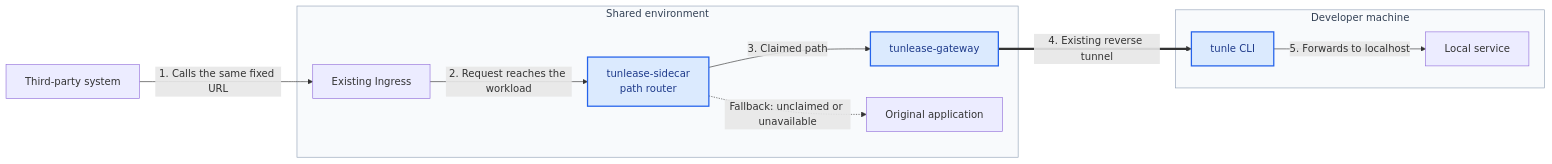
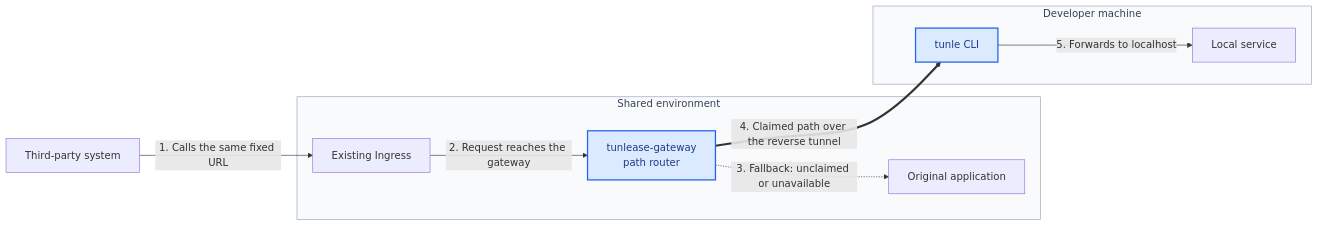
The diagram in README.md (iml885203/tunlease), drawn with Mermaid before and after one commit. The commit also changed other lines of this file and 31 other files, not shown here.

````diff
--- a/README.md
+++ b/README.md
@@ -11,21 +11,20 @@
 ```mermaid
 flowchart LR
     ThirdParty[Third-party system] -->|"1. Calls the same fixed URL"| Ingress[Existing Ingress]
 
     subgraph Shared[Shared environment]
-        Ingress -->|"2. Request reaches the workload"| Sidecar[tunlease-sidecar<br/>path router]
-        Sidecar -->|"3. Claimed path"| Gateway[tunlease-gateway]
-        Sidecar -.->|"Fallback: unclaimed or unavailable"| App[Original application]
+        Ingress -->|"2. Request reaches the gateway"| Gateway[tunlease-gateway<br/>path router]
+        Gateway -.->|"3. Fallback: unclaimed or unavailable"| App[Original application]
     end
 
     subgraph Laptop[Developer machine]
         CLI[tunle CLI] -->|"5. Forwards to localhost"| Local[Local service]
     end
 
-    Gateway ==>|"4. Existing reverse tunnel"| CLI
+    Gateway ==>|"4. Claimed path over the reverse tunnel"| CLI
 
     classDef tunlease fill:#dbeafe,stroke:#2563eb,color:#1e3a8a,stroke-width:2px;
-    class CLI,Sidecar,Gateway tunlease;
+    class CLI,Gateway tunlease;
     style Shared fill:#f8fafc,stroke:#94a3b8,color:#334155
     style Laptop fill:#f8fafc,stroke:#94a3b8,color:#334155
 ```
````
